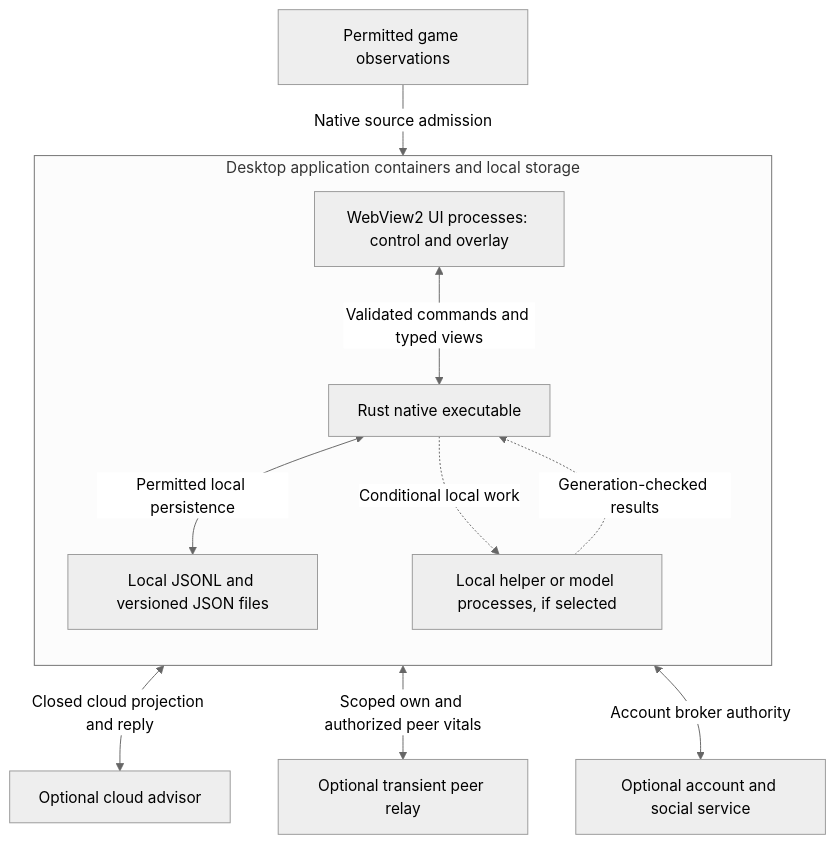
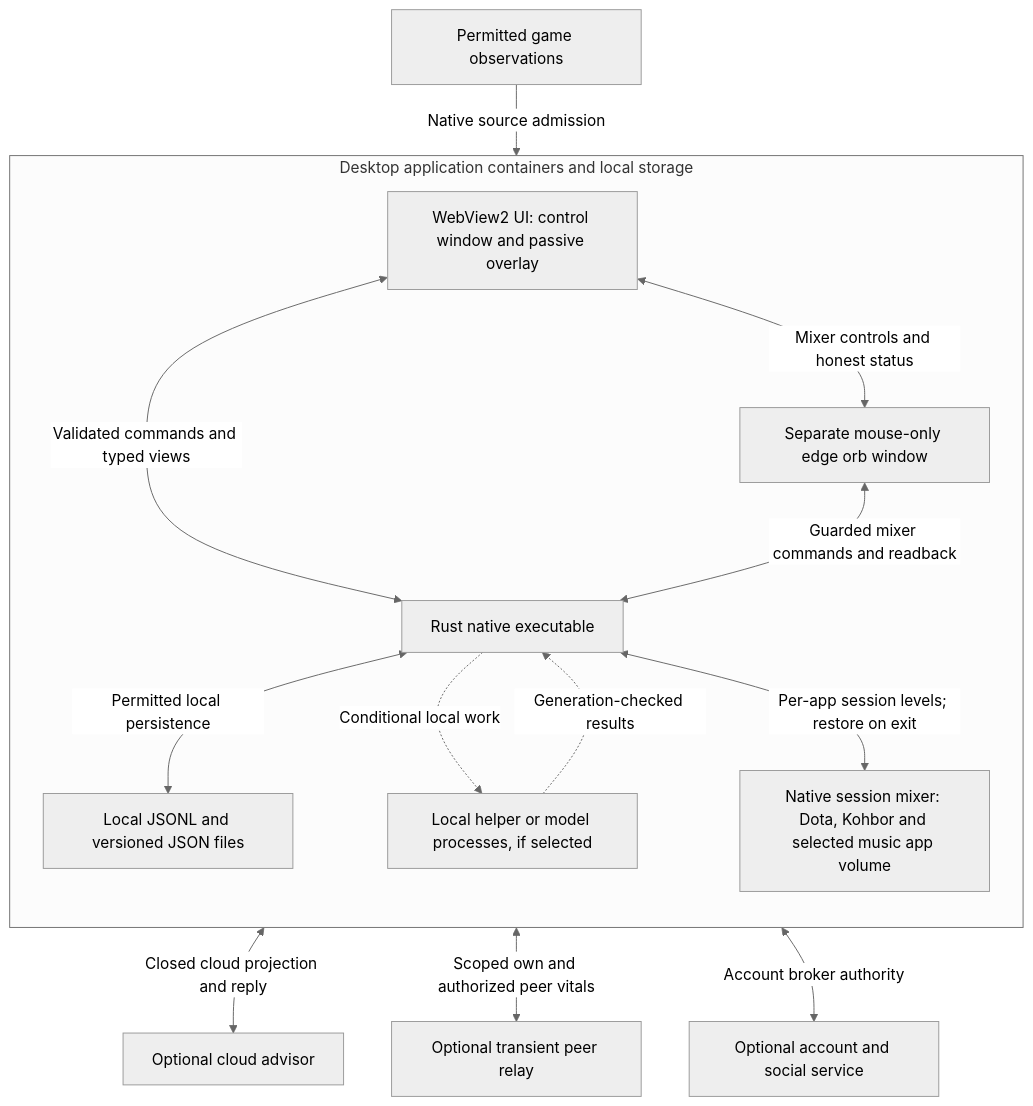
The diagram in docs/diagrams/source/DGM-002-containers.mmd (Freshair129/kohbor), drawn with Mermaid (neutral theme) before and after one commit. The commit also changed 33 other files, not shown here.

First line of the commit message:
docs(spec): record DEC-CRITICAL-MEDIA and DEC-RISK-DETAIL approach, add UI-012 draft strip, refresh diagrams

```diff
--- a/docs/diagrams/source/DGM-002-containers.mmd
+++ b/docs/diagrams/source/DGM-002-containers.mmd
@@ -1,20 +1,25 @@
 flowchart TB
   Game["Permitted game observations"]
   subgraph App["Desktop application containers and local storage"]
     direction TB
-    UI["WebView2 UI processes: control and overlay"]
+    UI["WebView2 UI: control window and passive overlay"]
+    Orb["Separate mouse-only edge orb window"]
     Native["Rust native executable"]
     Files["Local JSONL and versioned JSON files"]
     Helpers["Local helper or model processes, if selected"]
     UI <-->|"Validated commands and typed views"| Native
+    UI <-->|"Mixer controls and honest status"| Orb
+    Orb <-->|"Guarded mixer commands and readback"| Native
     Native <-->|"Permitted local persistence"| Files
     Native -.->|"Conditional local work"| Helpers
     Helpers -.->|"Generation-checked results"| Native
+  Mixer["Native session mixer: Dota, Kohbor and selected music app volume"]
+  Native <-->|"Per-app session levels; restore on exit"| Mixer
   end
   Game -->|"Native source admission"| Native
   Cloud["Optional cloud advisor"]
   Relay["Optional transient peer relay"]
   Social["Optional account and social service"]
   Native <-->|"Closed cloud projection and reply"| Cloud
   Native <-->|"Scoped own and authorized peer vitals"| Relay
   Native <-->|"Account broker authority"| Social
```
